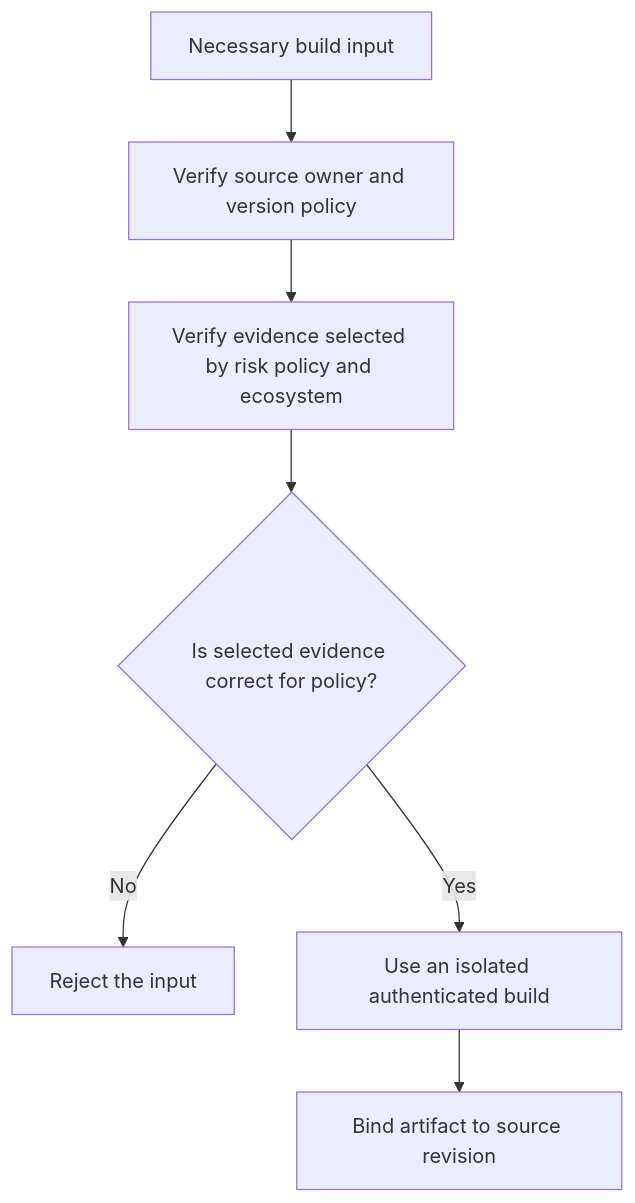
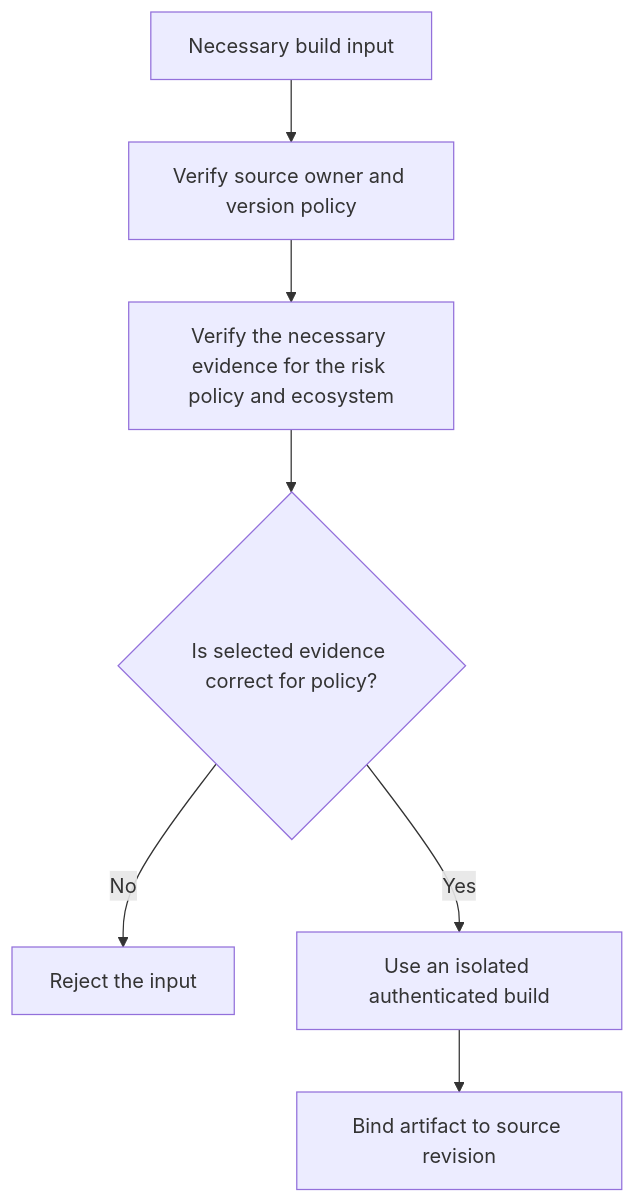
The diagram in docs/principles/details/p057-supply-chain-integrity.md (HomericIntelligence/Athena), drawn with Mermaid before and after one commit. The commit also changed other lines of this file and 53 other files, not shown here.

````diff
--- a/docs/principles/details/p057-supply-chain-integrity.md
+++ b/docs/principles/details/p057-supply-chain-integrity.md
@@ -40,9 +40,9 @@
 ```mermaid
 flowchart TD
     A["Necessary build input"] --> B["Verify source owner and version policy"]
-    B --> C["Verify evidence selected by risk policy and ecosystem"]
+    B --> C["Verify the necessary evidence for the risk policy and ecosystem"]
     C --> D{"Is selected evidence correct for policy?"}
     D -- "No" --> E["Reject the input"]
     D -- "Yes" --> F["Use an isolated authenticated build"]
     F --> G["Bind artifact to source revision"]
 ```
````
